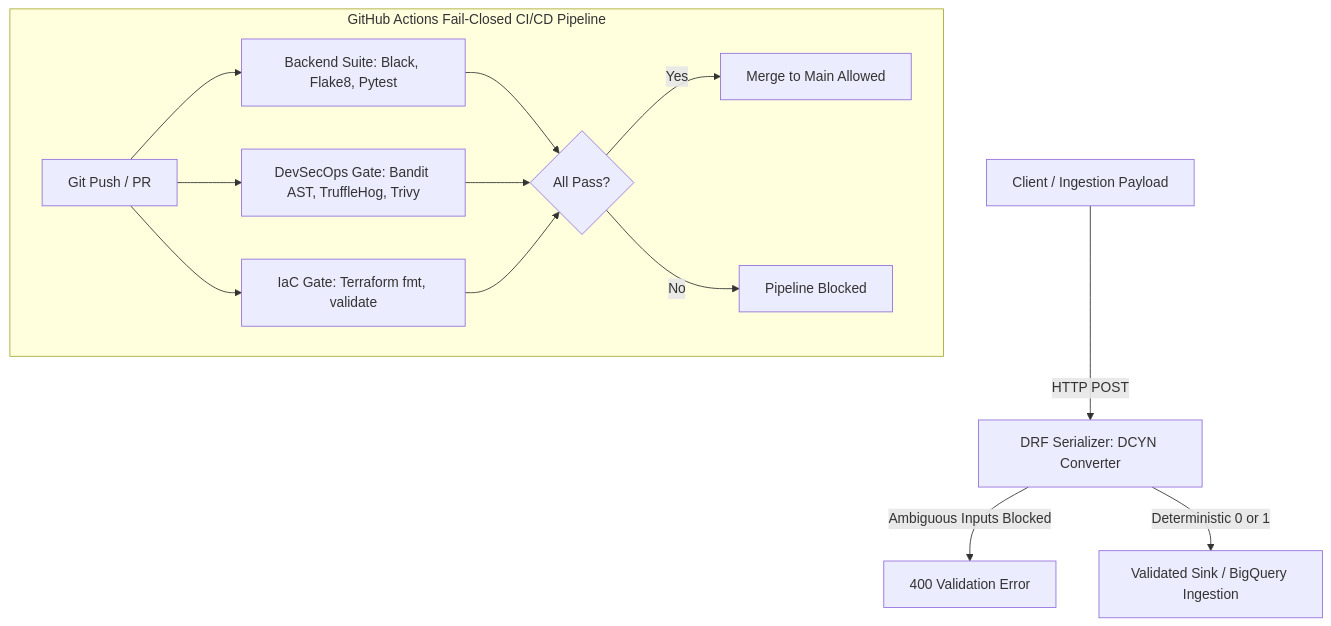
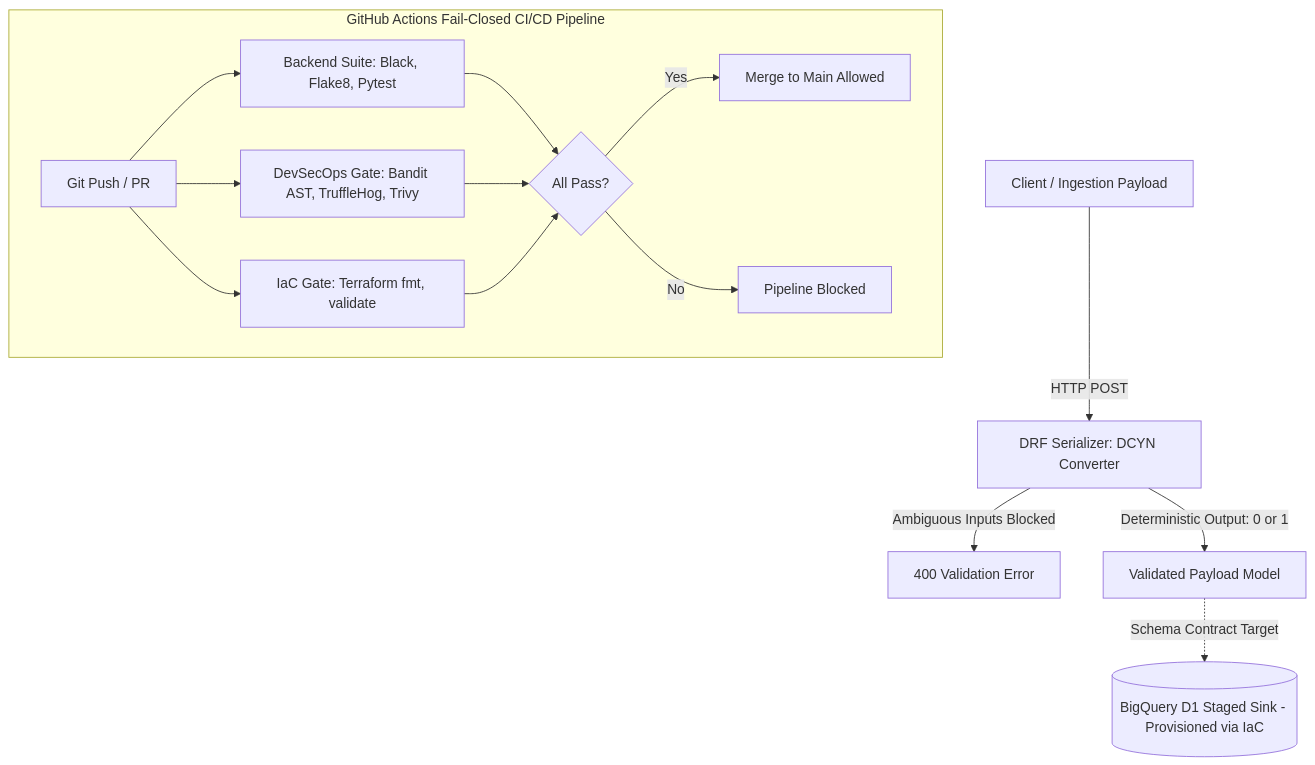
One commit to Mcakohli/poka-yoke-devsecops-gatekeeper changed the diagram in README.md. Above: the diagram before and after it, drawn with Mermaid.

````diff
--- a/README.md
+++ b/README.md
@@ -13,17 +13,18 @@
 ```mermaid
 graph TD
     A[Client / Ingestion Payload] -->|HTTP POST| B[DRF Serializer: DCYN Converter]
     B -->|Ambiguous Inputs Blocked| C[400 Validation Error]
-    B -->|Deterministic 0 or 1| D[Validated Sink / BigQuery Ingestion]
+    B -->|Deterministic Output: 0 or 1| D[Validated Payload Model]
+    D -.->|Schema Contract Target| E[(BigQuery D1 Staged Sink - Provisioned via IaC)]
     
     subgraph CI_CD_Gatekeeper [GitHub Actions Fail-Closed CI/CD Pipeline]
-        E[Git Push / PR] --> F[Backend Suite: Black, Flake8, Pytest]
-        E --> G[DevSecOps Gate: Bandit AST, TruffleHog, Trivy]
-        E --> H[IaC Gate: Terraform fmt, validate]
-        F --> I{All Pass?}
-        G --> I
-        H --> I
-        I -->|Yes| J[Merge to Main Allowed]
-        I -->|No| K[Pipeline Blocked]
+        F[Git Push / PR] --> G[Backend Suite: Black, Flake8, Pytest]
+        F --> H[DevSecOps Gate: Bandit AST, TruffleHog, Trivy]
+        F --> I[IaC Gate: Terraform fmt, validate]
+        G --> J{All Pass?}
+        H --> J
+        I --> J
+        J -->|Yes| K[Merge to Main Allowed]
+        J -->|No| L[Pipeline Blocked]
     end
 ```
````
